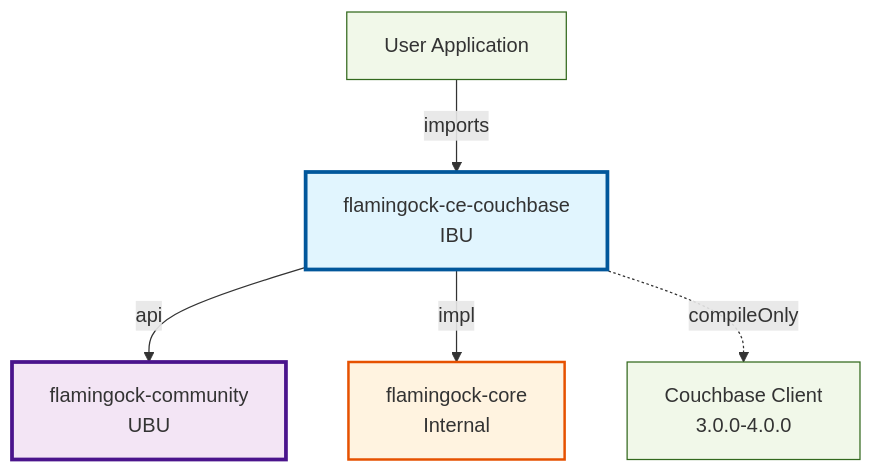
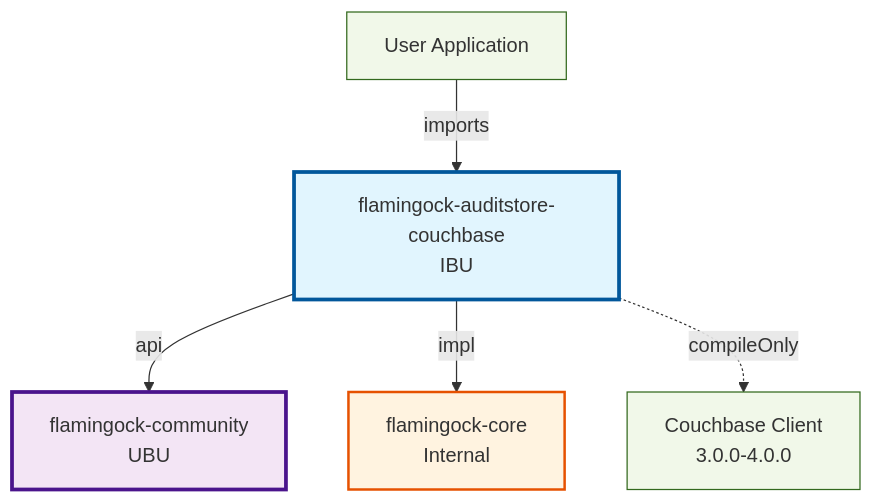
One commit to flamingock/flamingock-java changed the sixth of 6 diagrams in docs/ARCHITECTURE_OVERVIEW.md. Above: the diagram before and after it, drawn with Mermaid. The commit also changed other lines of this file and 117 other files, not shown here.

Commit message:
chore: rename auditstore couchbase (#349)

````diff
--- a/docs/ARCHITECTURE_OVERVIEW.md
+++ b/docs/ARCHITECTURE_OVERVIEW.md
@@ -378,19 +378,19 @@
 ```mermaid
 graph TB
     classDef ibu fill:#e1f5fe,stroke:#01579b,stroke-width:3px
     classDef ubu fill:#f3e5f5,stroke:#4a148c,stroke-width:3px
     classDef internal fill:#fff3e0,stroke:#e65100,stroke-width:2px
     classDef external fill:#f1f8e9,stroke:#33691e,stroke-width:1px
 
     User[User Application]:::external
-    User -->|imports| flamingock-ce-couchbase
+    User -->|imports| flamingock-auditstore-couchbase
     
-    flamingock-ce-couchbase[flamingock-ce-couchbase<br/>IBU]:::ibu
+    flamingock-auditstore-couchbase[flamingock-auditstore-couchbase<br/>IBU]:::ibu
     flamingock-community[flamingock-community<br/>UBU]:::ubu
     flamingock-core[flamingock-core<br/>Internal]:::internal
     CouchbaseAuditStore[Couchbase Client<br/>3.0.0-4.0.0]:::external
     
-    flamingock-ce-couchbase -->|api| flamingock-community
-    flamingock-ce-couchbase -->|impl| flamingock-core
-    flamingock-ce-couchbase -.->|compileOnly| CouchbaseAuditStore
+    flamingock-auditstore-couchbase -->|api| flamingock-community
+    flamingock-auditstore-couchbase -->|impl| flamingock-core
+    flamingock-auditstore-couchbase -.->|compileOnly| CouchbaseAuditStore
 ```
````
